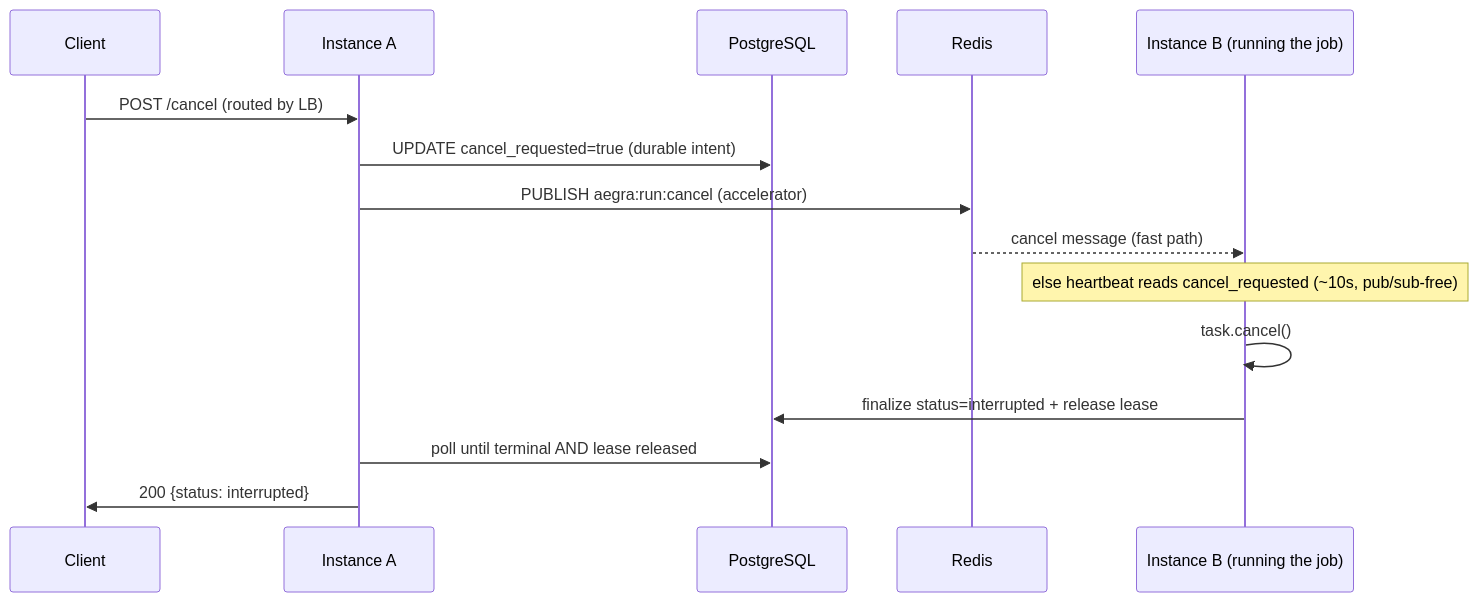
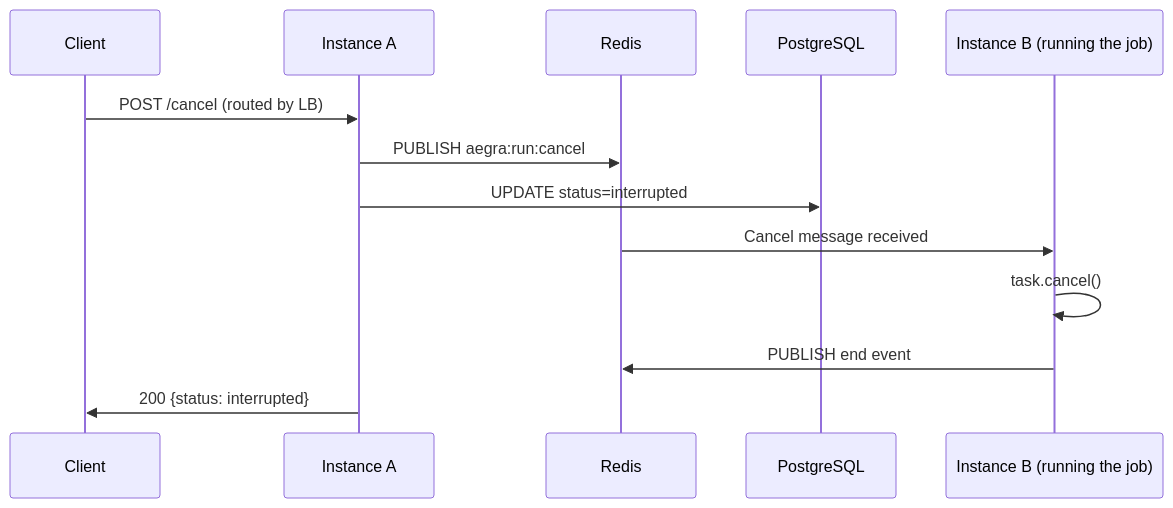
Before and after one commit to opendesign-dev/aegra: the sixth of 6 diagrams in docs/guides/worker-architecture.mdx, drawn with Mermaid. The commit also changed other lines of this file and 223 other files, not shown here.

````diff
--- a/docs/guides/worker-architecture.mdx
+++ b/docs/guides/worker-architecture.mdx
@@ -264,18 +230,16 @@
 ```mermaid
 sequenceDiagram
     participant C as Client
     participant A as Instance A
+    participant R as Redis
     participant PG as PostgreSQL
-    participant R as Redis
     participant B as Instance B (running the job)
 
     C->>A: POST /cancel (routed by LB)
-    A->>PG: UPDATE cancel_requested=true (durable intent)
-    A->>R: PUBLISH aegra:run:cancel (accelerator)
-    R-->>B: cancel message (fast path)
-    Note over B: else heartbeat reads cancel_requested (~10s, pub/sub-free)
+    A->>R: PUBLISH aegra:run:cancel
+    A->>PG: UPDATE status=interrupted
+    R->>B: Cancel message received
     B->>B: task.cancel()
-    B->>PG: finalize status=interrupted + release lease
-    A->>PG: poll until terminal AND lease released
+    B->>R: PUBLISH end event
     A->>C: 200 {status: interrupted}
 ```
````
